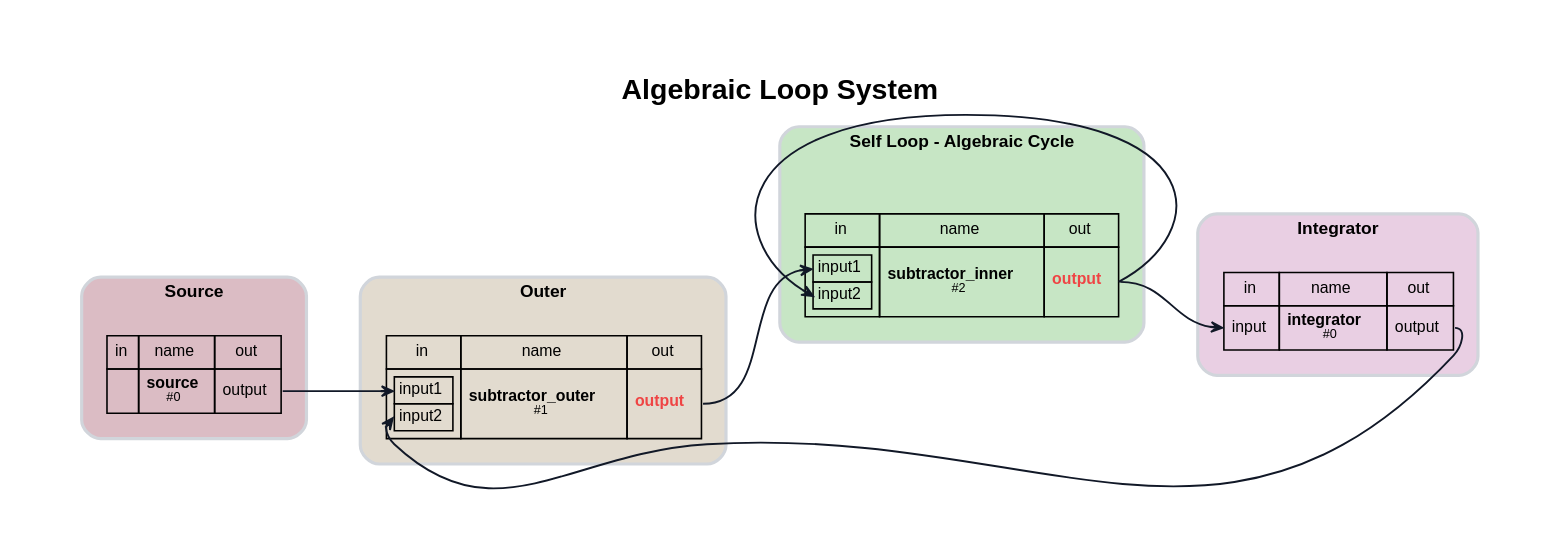
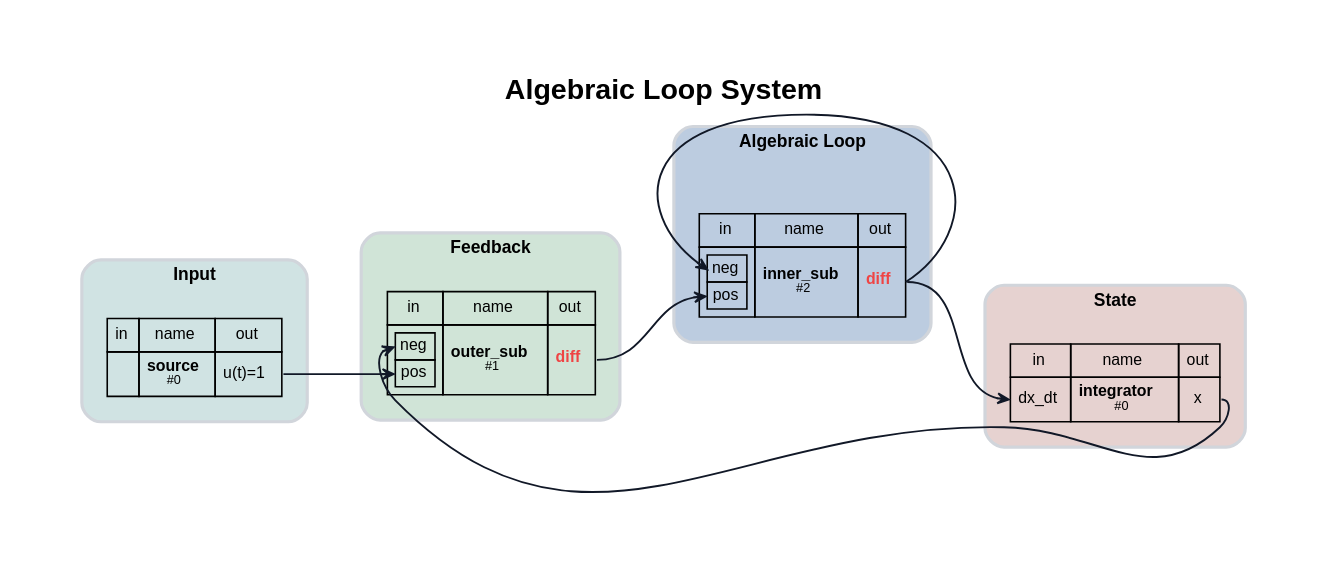
The diagram in examples/AlgebraicLoops/Digraph.gv (FlorianFrech/SystemSimulation), drawn with Graphviz before and after one commit. The commit also changed 83 other files, not shown here.

```diff
--- a/examples/AlgebraicLoops/Digraph.gv
+++ b/examples/AlgebraicLoops/Digraph.gv
@@ -1,27 +1,27 @@
 // System: Algebraic Loop System
 digraph {
 	graph [bgcolor=white compound=true esep=0 fontname="Helvetica-Bold" fontsize=18 label="Algebraic Loop System" labelloc=t margin=0.2 nodesep=0.8 pad=0.5 rankdir=LR ranksep=0.8 sep=0 splines=true]
 	node [fillcolor=white fontname=Helvetica fontsize=10 margin="0.05,0.05" shape=plaintext style=""]
 	edge [arrowhead=vee arrowsize=0.7 arrowtail=none color="#111827" dir=forward fontname=Helvetica fontsize=10 labelangle=45 labelfontcolor="#374151" minlen=1.2 penwidth=1.2]
-	subgraph cluster_Source {
-		bgcolor="#dbbcc4" color="#d1d5db" fontname="Helvetica-Bold" fontsize=11 label=Source margin=12 penwidth=2 style=rounded
-		source [label=<<TABLE BORDER="0" CELLBORDER="1" CELLSPACING="0" CELLPADDING="4"><TR><TD>in</TD><TD>name</TD><TD>out</TD></TR><TR><TD></TD><TD><B>source</B><BR/><FONT POINT-SIZE="8">#0</FONT></TD><TD PORT="output">output</TD></TR></TABLE>>]
+	subgraph cluster_Input {
+		bgcolor="#d0e3e3" color="#d1d5db" fontname="Helvetica-Bold" fontsize=11 label=Input margin=12 penwidth=2 style=rounded
+		source [label=<<TABLE BORDER="0" CELLBORDER="1" CELLSPACING="0" CELLPADDING="4"><TR><TD>in</TD><TD>name</TD><TD>out</TD></TR><TR><TD></TD><TD><B>source</B><BR/><FONT POINT-SIZE="8">#0</FONT></TD><TD PORT="u(t)=1">u(t)=1</TD></TR></TABLE>>]
 	}
-	subgraph cluster_Outer {
-		bgcolor="#e2dbcf" color="#d1d5db" fontname="Helvetica-Bold" fontsize=11 label=Outer margin=12 penwidth=2 style=rounded
-		subtractor_outer [label=<<TABLE BORDER="0" CELLBORDER="1" CELLSPACING="0" CELLPADDING="4"><TR><TD>in</TD><TD>name</TD><TD>out</TD></TR><TR><TD><TABLE BORDER="0" CELLBORDER="1" CELLSPACING="0" CELLPADDING="2"><TR><TD PORT="input1">input1</TD></TR><TR><TD PORT="input2">input2</TD></TR></TABLE></TD><TD><B>subtractor_outer</B><BR/><FONT POINT-SIZE="8">#1</FONT></TD><TD PORT="output"><FONT COLOR="#ef4444"><B>output</B></FONT></TD></TR></TABLE>>]
+	subgraph cluster_Feedback {
+		bgcolor="#d0e4d7" color="#d1d5db" fontname="Helvetica-Bold" fontsize=11 label=Feedback margin=12 penwidth=2 style=rounded
+		outer_sub [label=<<TABLE BORDER="0" CELLBORDER="1" CELLSPACING="0" CELLPADDING="4"><TR><TD>in</TD><TD>name</TD><TD>out</TD></TR><TR><TD><TABLE BORDER="0" CELLBORDER="1" CELLSPACING="0" CELLPADDING="2"><TR><TD PORT="neg">neg</TD></TR><TR><TD PORT="pos">pos</TD></TR></TABLE></TD><TD><B>outer_sub</B><BR/><FONT POINT-SIZE="8">#1</FONT></TD><TD PORT="diff"><FONT COLOR="#ef4444"><B>diff</B></FONT></TD></TR></TABLE>>]
 	}
-	subgraph "cluster_Self Loop - Algebraic Cycle" {
-		bgcolor="#c7e6c5" color="#d1d5db" fontname="Helvetica-Bold" fontsize=11 label="Self Loop - Algebraic Cycle" margin=12 penwidth=2 style=rounded
-		subtractor_inner [label=<<TABLE BORDER="0" CELLBORDER="1" CELLSPACING="0" CELLPADDING="4"><TR><TD>in</TD><TD>name</TD><TD>out</TD></TR><TR><TD><TABLE BORDER="0" CELLBORDER="1" CELLSPACING="0" CELLPADDING="2"><TR><TD PORT="input1">input1</TD></TR><TR><TD PORT="input2">input2</TD></TR></TABLE></TD><TD><B>subtractor_inner</B><BR/><FONT POINT-SIZE="8">#2</FONT></TD><TD PORT="output"><FONT COLOR="#ef4444"><B>output</B></FONT></TD></TR></TABLE>>]
+	subgraph "cluster_Algebraic Loop" {
+		bgcolor="#bccce0" color="#d1d5db" fontname="Helvetica-Bold" fontsize=11 label="Algebraic Loop" margin=12 penwidth=2 style=rounded
+		inner_sub [label=<<TABLE BORDER="0" CELLBORDER="1" CELLSPACING="0" CELLPADDING="4"><TR><TD>in</TD><TD>name</TD><TD>out</TD></TR><TR><TD><TABLE BORDER="0" CELLBORDER="1" CELLSPACING="0" CELLPADDING="2"><TR><TD PORT="neg">neg</TD></TR><TR><TD PORT="pos">pos</TD></TR></TABLE></TD><TD><B>inner_sub</B><BR/><FONT POINT-SIZE="8">#2</FONT></TD><TD PORT="diff"><FONT COLOR="#ef4444"><B>diff</B></FONT></TD></TR></TABLE>>]
 	}
-	subgraph cluster_Integrator {
-		bgcolor="#e9cfe3" color="#d1d5db" fontname="Helvetica-Bold" fontsize=11 label=Integrator margin=12 penwidth=2 style=rounded
-		integrator [label=<<TABLE BORDER="0" CELLBORDER="1" CELLSPACING="0" CELLPADDING="4"><TR><TD>in</TD><TD>name</TD><TD>out</TD></TR><TR><TD PORT="input">input</TD><TD><B>integrator</B><BR/><FONT POINT-SIZE="8">#0</FONT></TD><TD PORT="output">output</TD></TR></TABLE>>]
+	subgraph cluster_State {
+		bgcolor="#e6d2d0" color="#d1d5db" fontname="Helvetica-Bold" fontsize=11 label=State margin=12 penwidth=2 style=rounded
+		integrator [label=<<TABLE BORDER="0" CELLBORDER="1" CELLSPACING="0" CELLPADDING="4"><TR><TD>in</TD><TD>name</TD><TD>out</TD></TR><TR><TD PORT="dx_dt">dx_dt</TD><TD><B>integrator</B><BR/><FONT POINT-SIZE="8">#0</FONT></TD><TD PORT="x">x</TD></TR></TABLE>>]
 	}
-	source -> subtractor_outer [label="" color="#111827" headclip=true headport="input1:w" style=solid tailclip=true tailport="output:e"]
-	subtractor_outer -> subtractor_inner [label="" color="#111827" headclip=true headport="input1:w" style=solid tailclip=true tailport="output:e"]
-	subtractor_inner -> integrator [label="" color="#111827" headclip=true headport="input:w" style=solid tailclip=true tailport="output:e"]
-	subtractor_inner -> subtractor_inner [label="" color="#111827" headclip=true headport="input2:w" style=solid tailclip=true tailport="output:e"]
-	integrator -> subtractor_outer [label="" color="#111827" headclip=true headport="input2:w" style=solid tailclip=true tailport="output:e"]
+	source -> outer_sub [label="" color="#111827" headclip=true headport="pos:w" style=solid tailclip=true tailport="u(t)=1:e"]
+	outer_sub -> inner_sub [label="" color="#111827" headclip=true headport="pos:w" style=solid tailclip=true tailport="diff:e"]
+	inner_sub -> integrator [label="" color="#111827" headclip=true headport="dx_dt:w" style=solid tailclip=true tailport="diff:e"]
+	inner_sub -> inner_sub [label="" color="#111827" headclip=true headport="neg:w" style=solid tailclip=true tailport="diff:e"]
+	integrator -> outer_sub [label="" color="#111827" headclip=true headport="neg:w" style=solid tailclip=true tailport="x:e"]
 }
```
